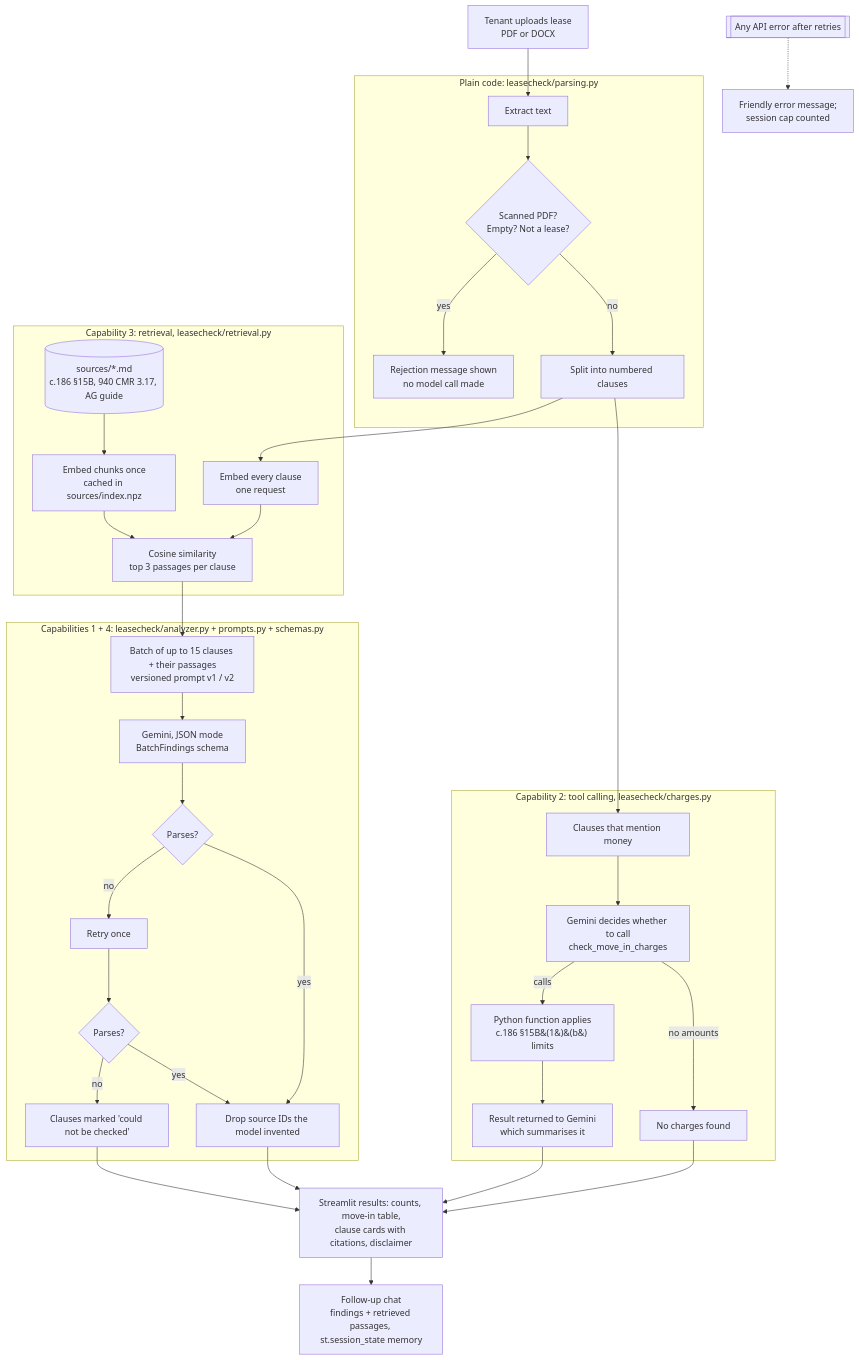
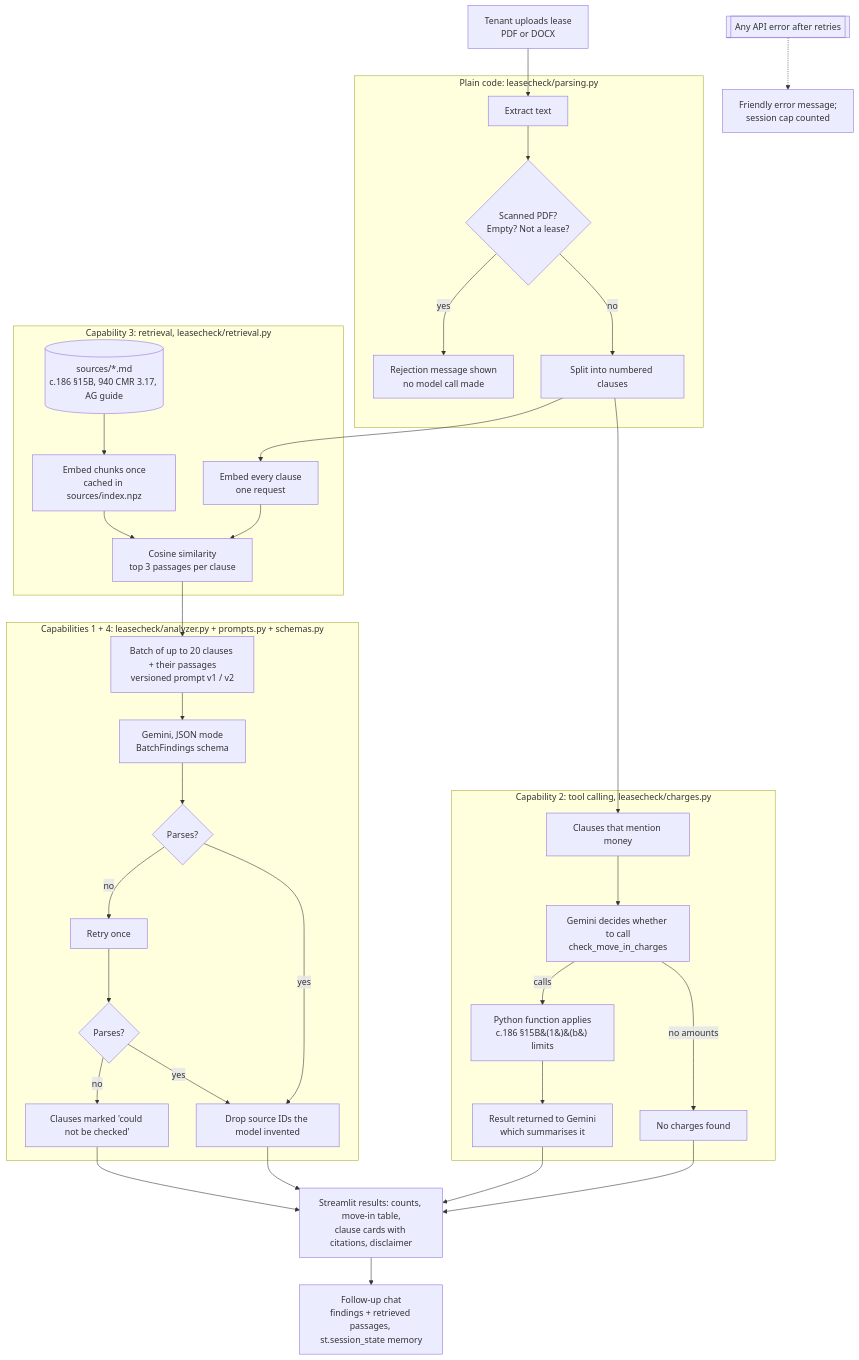
One commit to SumanBadakada/IS883_bostonleasechecker changed the diagram in docs/architecture.md. Above: the diagram before and after it, drawn with Mermaid. The commit also changed 11 other files, not shown here.

````diff
--- a/docs/architecture.md
+++ b/docs/architecture.md
@@ -6,43 +6,43 @@
 ```mermaid
 flowchart TD
     U[Tenant uploads lease<br/>PDF or DOCX] --> P
 
     subgraph CODE1 [Plain code: leasecheck/parsing.py]
       P[Extract text] --> S{Scanned PDF?<br/>Empty? Not a lease?}
       S -- yes --> R[Rejection message shown<br/>no model call made]
       S -- no --> C[Split into numbered clauses]
     end
 
     C --> E
     subgraph RAG [Capability 3: retrieval, leasecheck/retrieval.py]
       SRC[(sources/*.md<br/>c.186 §15B, 940 CMR 3.17, AG guide)] --> IDX[Embed chunks once<br/>cached in sources/index.npz]
       E[Embed every clause<br/>one request] --> SIM[Cosine similarity<br/>top 3 passages per clause]
       IDX --> SIM
     end
 
     SIM --> B
     subgraph LLM1 [Capabilities 1 + 4: leasecheck/analyzer.py + prompts.py + schemas.py]
-      B[Batch of up to 15 clauses + their passages<br/>versioned prompt v1 / v2] --> G[Gemini, JSON mode<br/>BatchFindings schema]
+      B[Batch of up to 20 clauses + their passages<br/>versioned prompt v1 / v2] --> G[Gemini, JSON mode<br/>BatchFindings schema]
       G --> J{Parses?}
       J -- no --> RETRY[Retry once] --> J2{Parses?}
       J2 -- no --> NC[Clauses marked 'could not be checked']
       J -- yes --> V[Drop source IDs the model invented]
       J2 -- yes --> V
     end
 
     C --> M
     subgraph TOOL [Capability 2: tool calling, leasecheck/charges.py]
       M[Clauses that mention money] --> G2[Gemini decides whether to call<br/>check_move_in_charges]
       G2 -- calls --> F[Python function applies<br/>c.186 §15B&#40;1&#41;&#40;b&#41; limits]
       F --> G3[Result returned to Gemini<br/>which summarises it]
       G2 -- no amounts --> NONE[No charges found]
     end
 
     V --> UI
     NC --> UI
     G3 --> UI
     NONE --> UI
     UI[Streamlit results: counts, move-in table,<br/>clause cards with citations, disclaimer] --> CHAT[Follow-up chat<br/>findings + retrieved passages, st.session_state memory]
 
     APIERR[[Any API error after retries]] -.-> MSG[Friendly error message;<br/>session cap counted]
 ```
````
